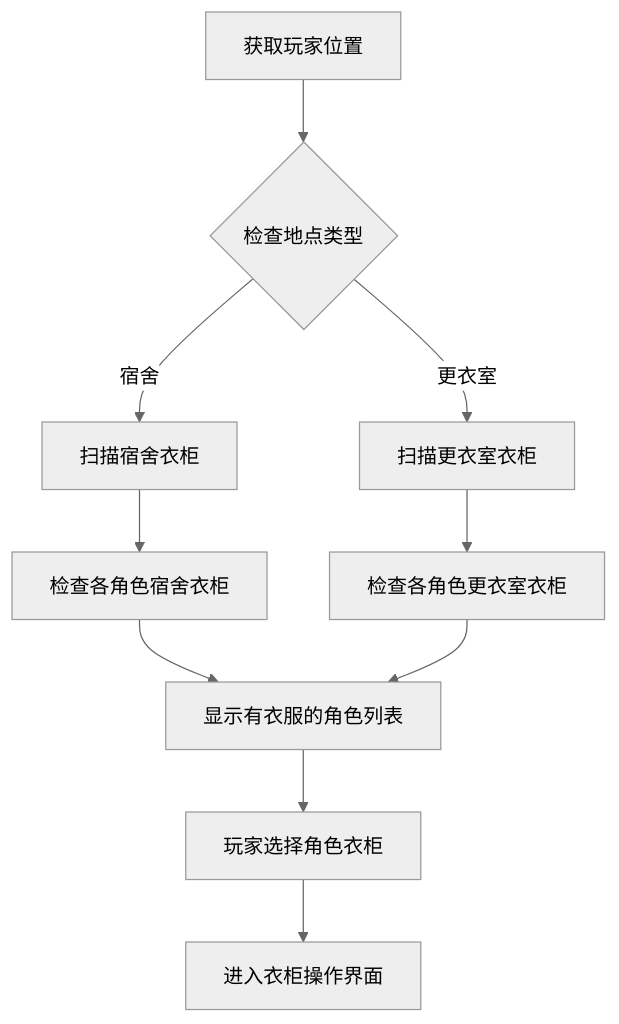
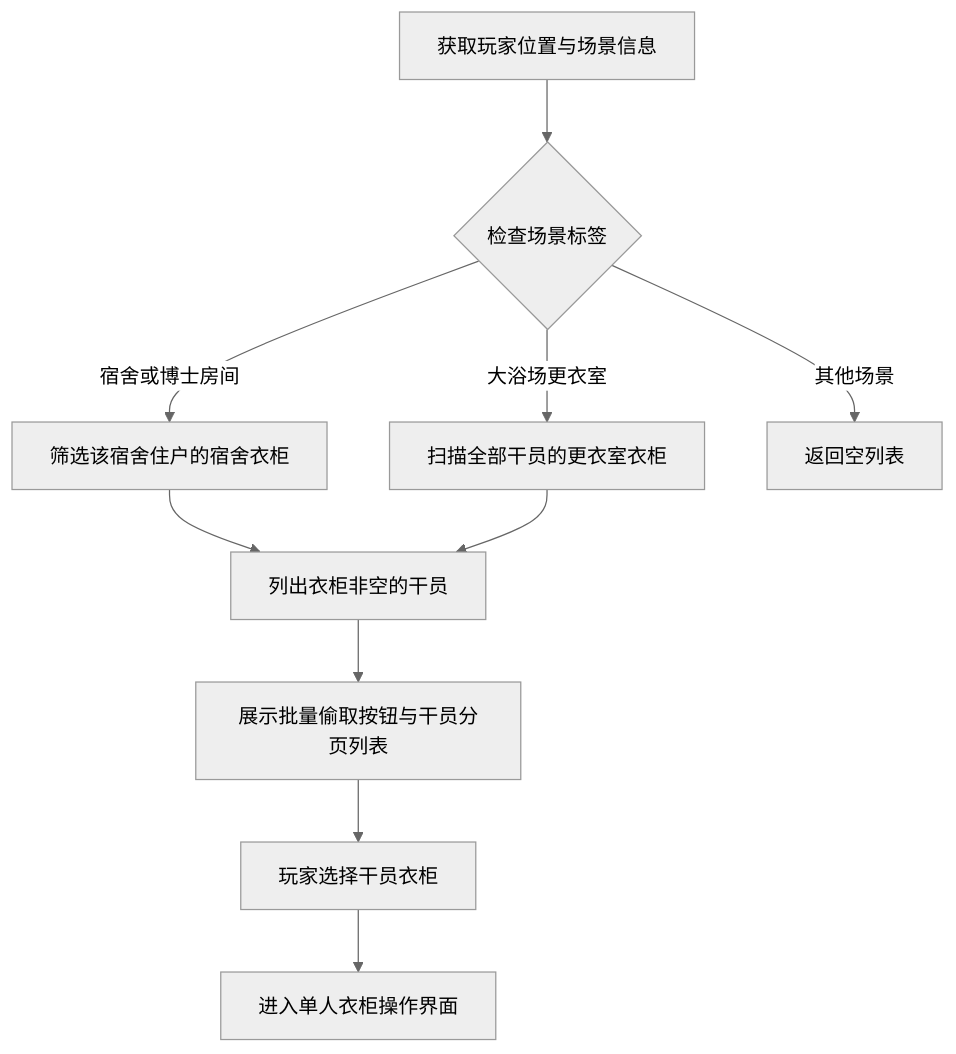
Before and after one commit to meower-z/erArk: the first of 2 diagrams in docs/数据处理工作流/衣柜检查功能.md, drawn with Mermaid (neutral theme). The commit also changed other lines of this file and 7 other files, not shown here.

````diff
--- a/docs/数据处理工作流/衣柜检查功能.md
+++ b/docs/数据处理工作流/衣柜检查功能.md
@@ -64,12 +66,12 @@
 ```mermaid
 graph TD
-    A[获取玩家位置] --> B{检查地点类型}
-    B -->|宿舍| C[扫描宿舍衣柜]
-    B -->|更衣室| D[扫描更衣室衣柜]
-    C --> E[检查各角色宿舍衣柜]
-    D --> F[检查各角色更衣室衣柜]
-    E --> G[显示有衣服的角色列表]
-    F --> G
-    G --> H[玩家选择角色衣柜]
-    H --> I[进入衣柜操作界面]
+    A[获取玩家位置与场景信息] --> B{检查场景标签}
+    B -->|宿舍或博士房间| C[筛选该宿舍住户的宿舍衣柜]
+    B -->|大浴场更衣室| D[扫描全部干员的更衣室衣柜]
+    B -->|其他场景| Z[返回空列表]
+    C --> E[列出衣柜非空的干员]
+    D --> E
+    E --> F[展示批量偷取按钮与干员分页列表]
+    F --> G[玩家选择干员衣柜]
+    G --> H[进入单人衣柜操作界面]
 ```
````
